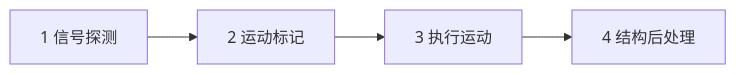
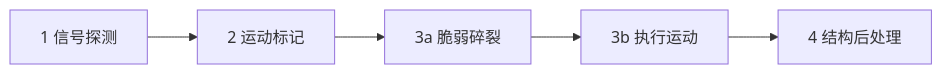
One commit to PlutoCRown/OpenInfiniFactory changed the diagram in docs/report/simulation_turn_phases.md. Above: the diagram before and after it, drawn with Mermaid. The commit also changed other lines of this file and 18 other files, not shown here.

````diff
--- a/docs/report/simulation_turn_phases.md
+++ b/docs/report/simulation_turn_phases.md
@@ -5,6 +5,7 @@
 ```mermaid
 flowchart LR
   S["1 信号探测"] --> M["2 运动标记"]
-  M --> E["3 执行运动"]
+  M --> F["3a 脆弱碎裂"]
+  F --> E["3b 执行运动"]
   E --> P["4 结构后处理"]
 ```
````
